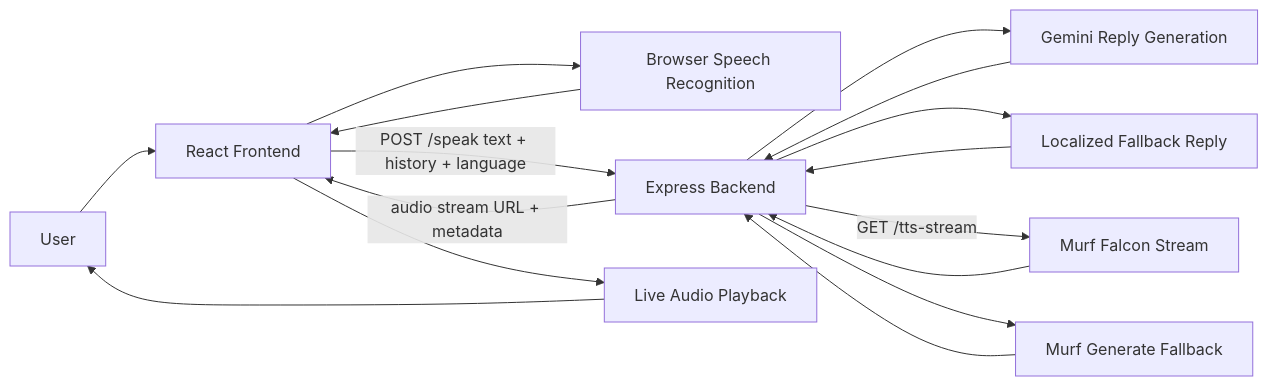
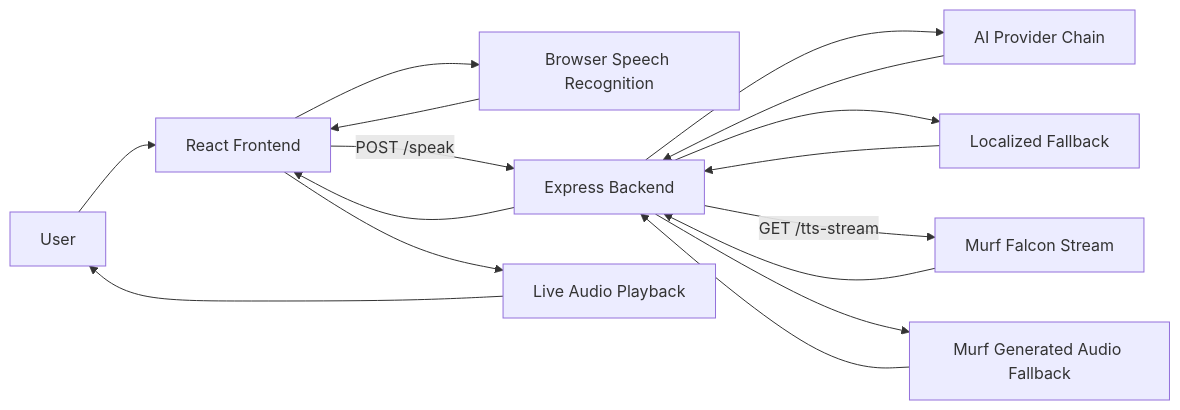
One commit to athiq2u/MoonSpeak-AI changed the diagram in README.md. Above: the diagram before and after it, drawn with Mermaid. The commit also changed other lines of this file and 1 other file, not shown here.

````diff
--- a/README.md
+++ b/README.md
@@ -77,18 +46,18 @@
 ```mermaid
 flowchart LR
   A[User] --> B[React Frontend]
   B --> C[Browser Speech Recognition]
   C --> B
-  B -->|POST /speak text + history + language| D[Express Backend]
-  D --> E[Gemini Reply Generation]
+  B -->|POST /speak| D[Express Backend]
+  D --> E[AI Provider Chain]
   E --> D
-  D --> F[Localized Fallback Reply]
+  D --> F[Localized Fallback]
   F --> D
   D -->|GET /tts-stream| G[Murf Falcon Stream]
   G --> D
-  D --> H[Murf Generate Fallback]
+  D --> H[Murf Generated Audio Fallback]
   H --> D
-  D -->|audio stream URL + metadata| B
+  D --> B
   B --> I[Live Audio Playback]
   I --> A
 ```
````
